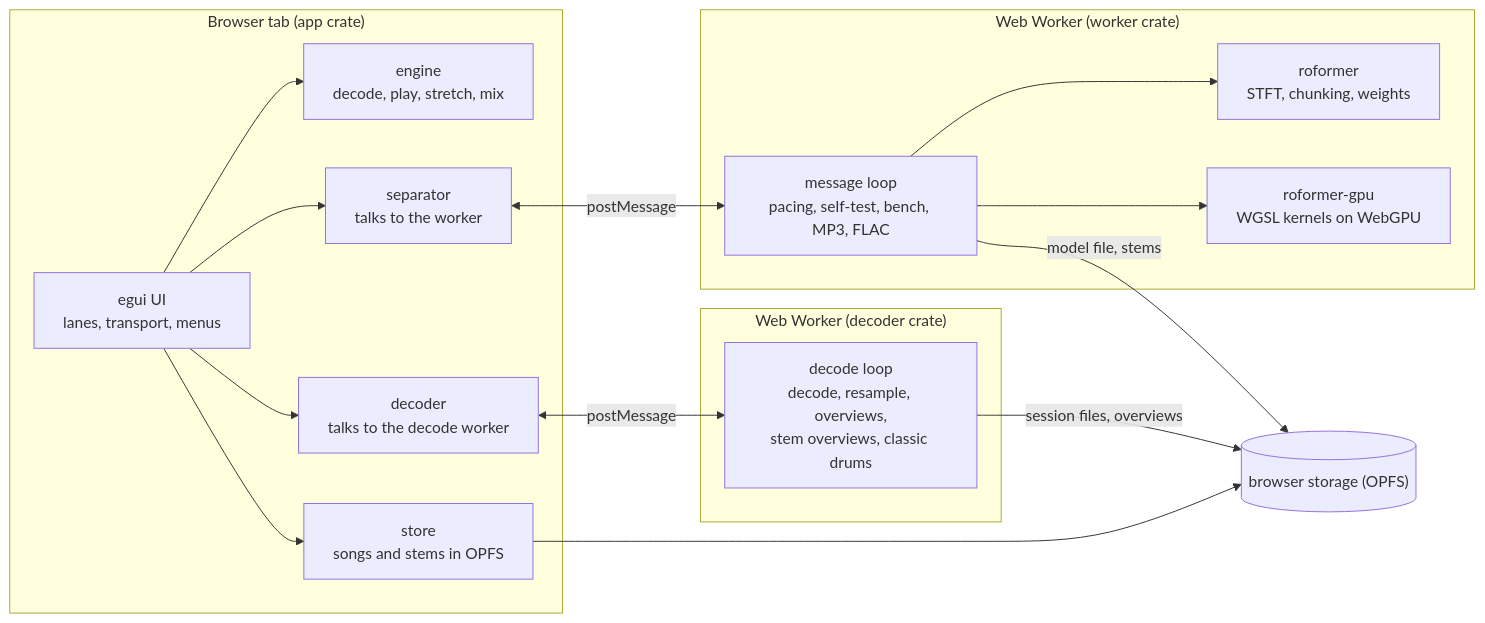
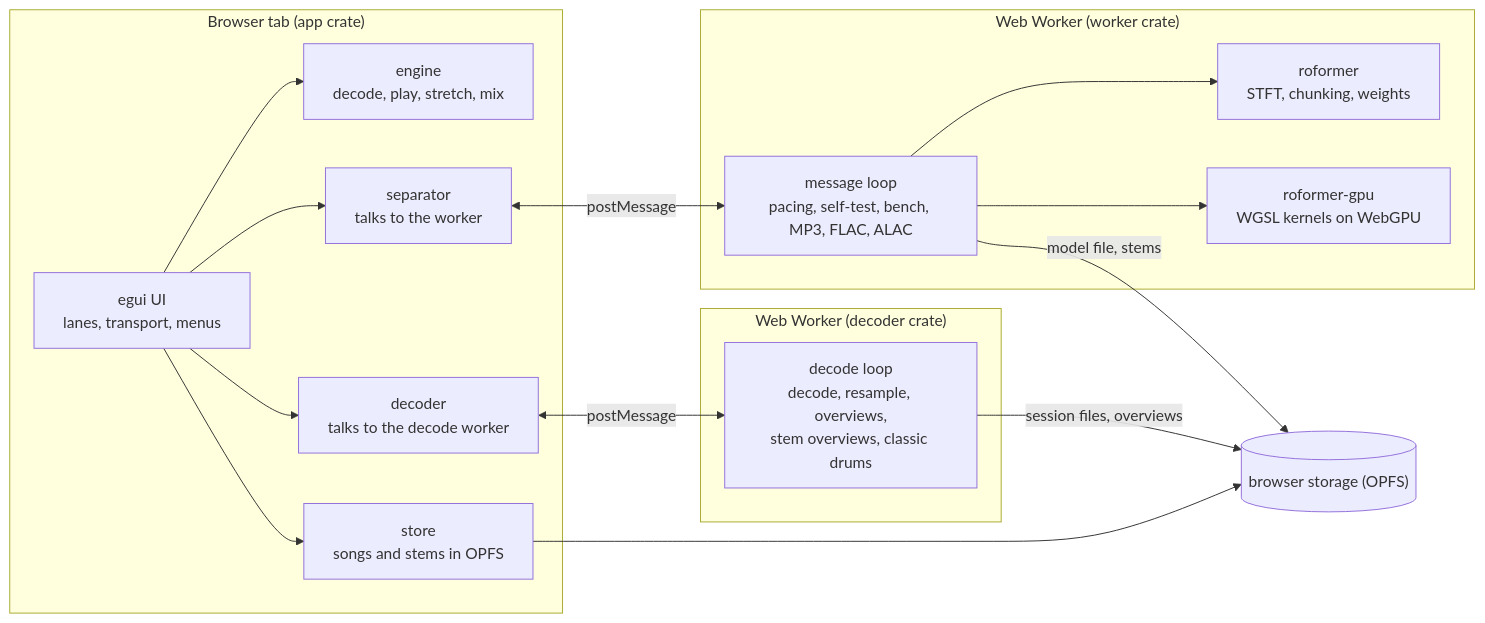
One commit to lloydmeta/stemyla changed the first of 5 diagrams in docs/ARCHITECTURE.md. Above: the diagram before and after it, drawn with Mermaid. The commit also changed other lines of this file and 17 other files, not shown here.

````diff
--- a/docs/ARCHITECTURE.md
+++ b/docs/ARCHITECTURE.md
@@ -5,29 +5,29 @@
 ```mermaid
 flowchart LR
   subgraph page["Browser tab (app crate)"]
     UI["egui UI<br/>lanes, transport, menus"]
     ENG["engine<br/>decode, play, stretch, mix"]
     STORE["store<br/>songs and stems in OPFS"]
     SEP["separator<br/>talks to the worker"]
     DEC["decoder<br/>talks to the decode worker"]
   end
   subgraph decoder["Web Worker (decoder crate)"]
     DW["decode loop<br/>decode, resample, overviews,<br/>stem overviews, classic drums"]
   end
   subgraph worker["Web Worker (worker crate)"]
-    W["message loop<br/>pacing, self-test, bench, MP3, FLAC"]
+    W["message loop<br/>pacing, self-test, bench, MP3, FLAC, ALAC"]
     RF["roformer<br/>STFT, chunking, weights"]
     GPU["roformer-gpu<br/>WGSL kernels on WebGPU"]
   end
   UI --> ENG
   UI --> STORE
   UI --> SEP
   UI --> DEC
   SEP <-->|postMessage| W
   DEC <-->|postMessage| DW
   DW -->|session files, overviews| OPFS
   W --> RF
   W --> GPU
   W -->|model file, stems| OPFS[("browser storage (OPFS)")]
   STORE --> OPFS
 ```
````
